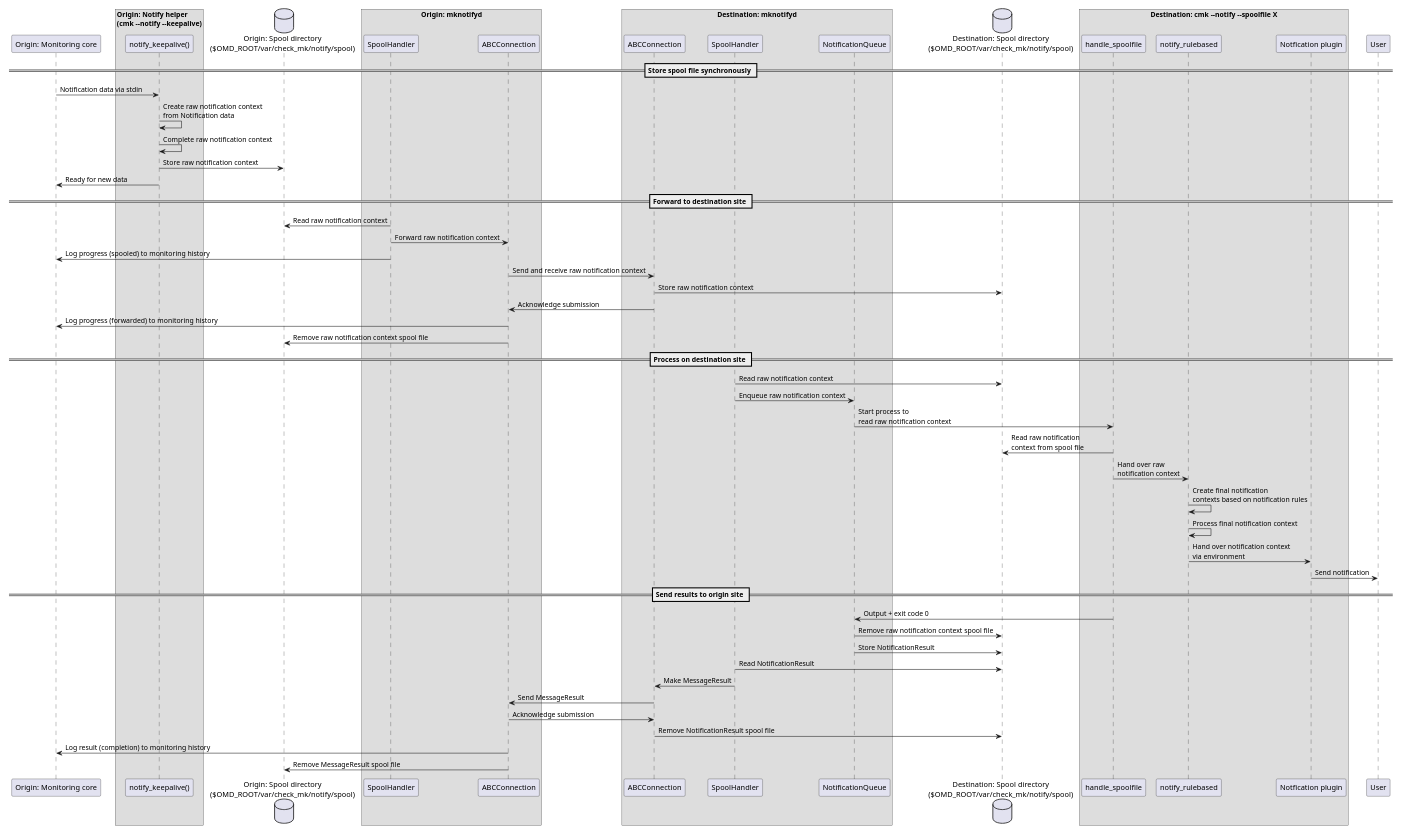
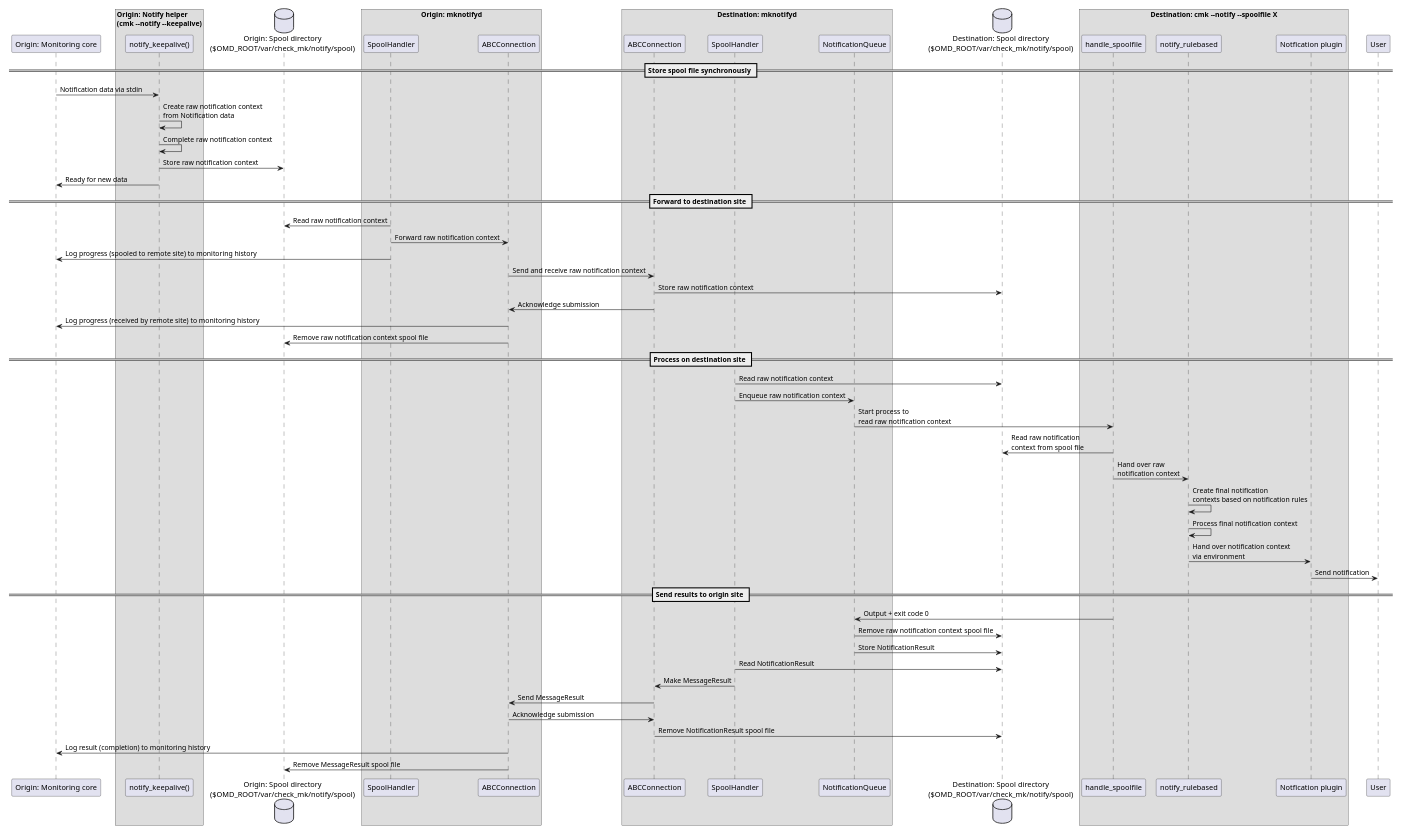
The diagram in doc/documentation/arch-comp-mknotifyd-uc2-mknotifyd-remote.puml (Checkmk/checkmk), drawn with PlantUML before and after one commit. The commit also changed 1 other file, not shown here.

Commit message:
Fix issues in mknotifyd article

```diff
--- a/doc/documentation/arch-comp-mknotifyd-uc2-mknotifyd-remote.puml
+++ b/doc/documentation/arch-comp-mknotifyd-uc2-mknotifyd-remote.puml
@@ -1,74 +1,74 @@
 @startuml
 scale 0.6
 
 participant "Origin: Monitoring core" as monitoring_core
 box "Origin: Notify helper\n(cmk ~--notify --keepalive)"
 participant "notify_keepalive()" as cmk_notify
 end box
 database "Origin: Spool directory\n($OMD_ROOT/var/check_mk/notify/spool)" as origin_spool_directory
 box "Origin: mknotifyd"
 participant SpoolHandler as origin_mknotifyd_spool_handler
 participant ABCConnection as origin_mknotifyd_connection
 end box
 box "Destination: mknotifyd"
 participant ABCConnection as destination_mknotifyd_connection
 participant SpoolHandler as destination_mknotifyd_spool_handler
 participant NotificationQueue as destination_mknotifyd_notification_queue
 end box
 database "Destination: Spool directory\n($OMD_ROOT/var/check_mk/notify/spool)" as destination_spool_directory
 box "Destination: cmk ~--notify --spoolfile X"
 participant "handle_spoolfile" as cmk_notify_handle_spoolfile
 participant "notify_rulebased" as notify_rule_based
 participant "Notfication plugin" as notification_plugin
 endbox
 participant "User" as user
 
 == Store spool file synchronously ==
 
 monitoring_core -> cmk_notify: Notification data via stdin
 cmk_notify -> cmk_notify: Create raw notification context\nfrom Notification data
 cmk_notify -> cmk_notify: Complete raw notification context
 cmk_notify -> origin_spool_directory: Store raw notification context
-monitoring_core <- cmk_notify: Ready for new data 
+monitoring_core <- cmk_notify: Ready for new data
 
 == Forward to destination site ==
 
 origin_spool_directory <- origin_mknotifyd_spool_handler: Read raw notification context
 origin_mknotifyd_spool_handler -> origin_mknotifyd_connection: Forward raw notification context
-monitoring_core <- origin_mknotifyd_spool_handler: Log progress (spooled) to monitoring history
+monitoring_core <- origin_mknotifyd_spool_handler: Log progress (spooled to remote site) to monitoring history
 origin_mknotifyd_connection -> destination_mknotifyd_connection: Send and receive raw notification context
 destination_mknotifyd_connection -> destination_spool_directory: Store raw notification context
 origin_mknotifyd_connection <- destination_mknotifyd_connection: Acknowledge submission
-monitoring_core <- origin_mknotifyd_connection: Log progress (forwarded) to monitoring history
+monitoring_core <- origin_mknotifyd_connection: Log progress (received by remote site) to monitoring history
 origin_spool_directory <- origin_mknotifyd_connection: Remove raw notification context spool file
 
 == Process on destination site ==
 
 destination_spool_directory <- destination_mknotifyd_spool_handler: Read raw notification context
 destination_mknotifyd_spool_handler -> destination_mknotifyd_notification_queue: Enqueue raw notification context
 destination_mknotifyd_notification_queue -> cmk_notify_handle_spoolfile: Start process to\nread raw notification context
 destination_spool_directory <- cmk_notify_handle_spoolfile: Read raw notification\ncontext from spool file
 cmk_notify_handle_spoolfile -> notify_rule_based: Hand over raw\nnotification context
 notify_rule_based -> notify_rule_based: Create final notification\ncontexts based on notification rules
 notify_rule_based -> notify_rule_based: Process final notification context
 notify_rule_based -> notification_plugin: Hand over notification context\nvia environment
 notification_plugin -> user: Send notification
 
 == Send results to origin site ==
 
 ' Currently is not performed as intended. Seems to be a bug. See CMK-10779.
 ' cmk_notify_handle_spoolfile <- notification_plugin: Output + exit code
 ' cmk_notify_handle_spoolfile <- cmk_notify_handle_spoolfile: Create notification result\nfrom output + exit code
 
 destination_mknotifyd_notification_queue <- cmk_notify_handle_spoolfile: Output + exit code 0
 destination_spool_directory <- destination_mknotifyd_notification_queue: Remove raw notification context spool file
 destination_spool_directory <- destination_mknotifyd_notification_queue: Store NotificationResult
 destination_spool_directory <- destination_mknotifyd_spool_handler: Read NotificationResult
 destination_mknotifyd_connection <- destination_mknotifyd_spool_handler: Make MessageResult
 origin_mknotifyd_connection <- destination_mknotifyd_connection: Send MessageResult
 destination_mknotifyd_connection <- origin_mknotifyd_connection: Acknowledge submission
 destination_spool_directory <- destination_mknotifyd_connection: Remove NotificationResult spool file
 monitoring_core <- origin_mknotifyd_connection: Log result (completion) to monitoring history
 origin_spool_directory <- origin_mknotifyd_connection: Remove MessageResult spool file
 
 @enduml
```
